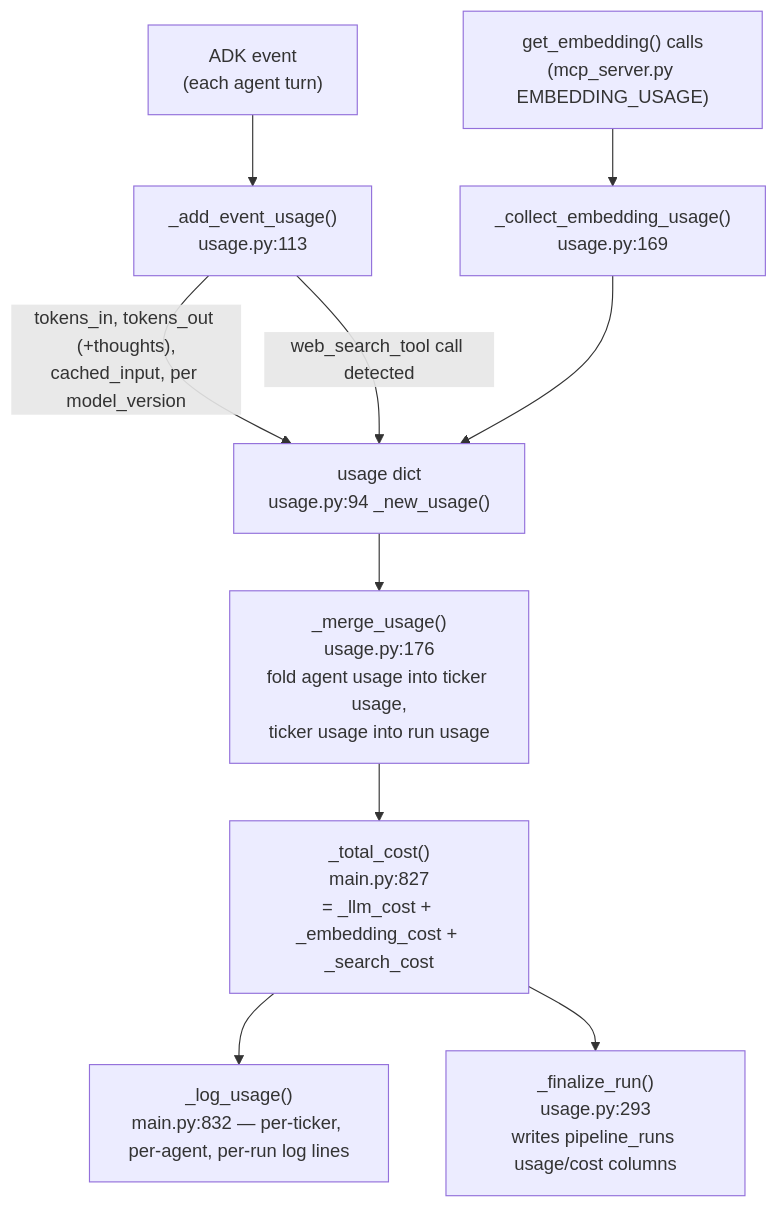
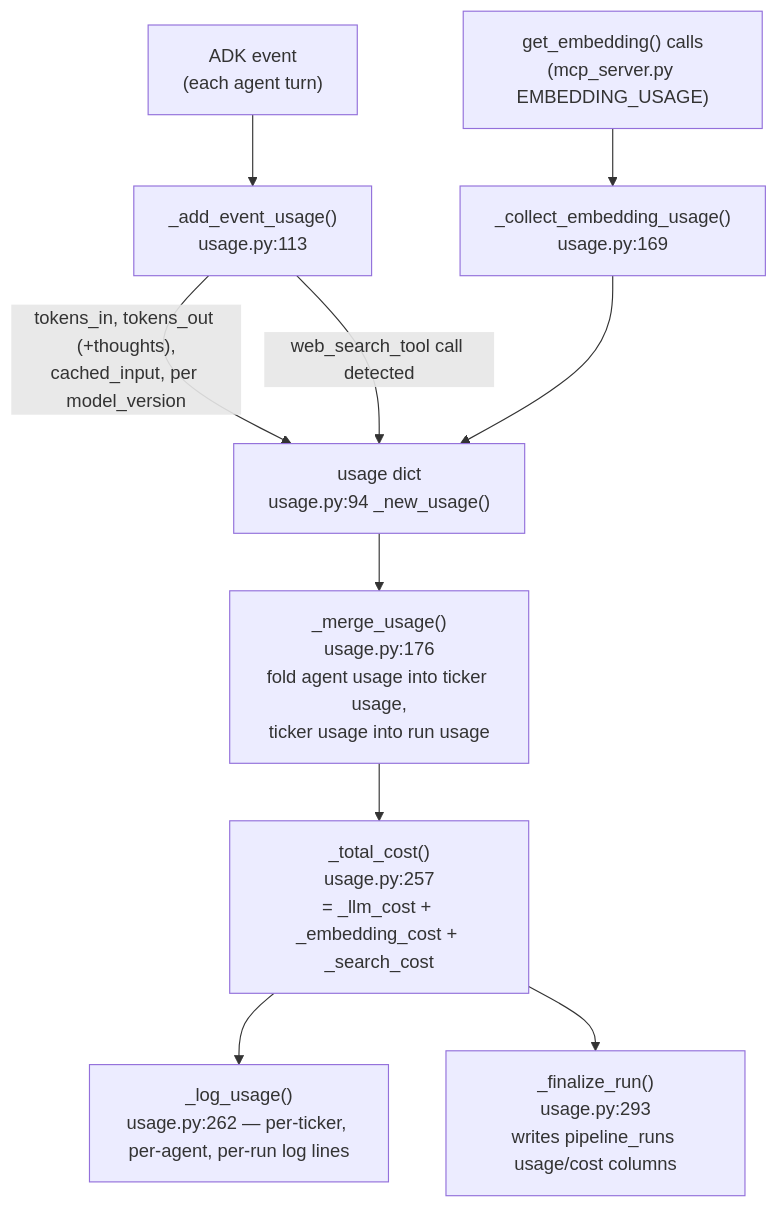
One commit to sun4github/magic-stock-picker changed the third of 3 diagrams in docs/05-guardrails-cost-and-reuse.md. Above: the diagram before and after it, drawn with Mermaid. The commit also changed other lines of this file and 9 other files, not shown here.

First line of the commit message:
Add an architecture doc, and make every line reference true

````diff
--- a/docs/05-guardrails-cost-and-reuse.md
+++ b/docs/05-guardrails-cost-and-reuse.md
@@ -205,12 +205,12 @@
 ```mermaid
 flowchart TD
     Event["ADK event\n(each agent turn)"] --> Add["_add_event_usage()\nusage.py:113"]
     Add -->|"tokens_in, tokens_out (+thoughts),\ncached_input, per model_version"| Usage["usage dict\nusage.py:94 _new_usage()"]
     Add -->|"web_search_tool call detected"| Usage
     Usage --> Merge["_merge_usage()\nusage.py:176\nfold agent usage into ticker usage,\nticker usage into run usage"]
     Embed["get_embedding() calls\n(mcp_server.py EMBEDDING_USAGE)"] --> Collect["_collect_embedding_usage()\nusage.py:169"]
     Collect --> Usage
-    Merge --> Cost["_total_cost()\nmain.py:827\n= _llm_cost + _embedding_cost + _search_cost"]
-    Cost --> Log["_log_usage()\nmain.py:832 — per-ticker, per-agent, per-run log lines"]
+    Merge --> Cost["_total_cost()\nusage.py:257\n= _llm_cost + _embedding_cost + _search_cost"]
+    Cost --> Log["_log_usage()\nusage.py:262 — per-ticker, per-agent, per-run log lines"]
     Cost --> Finalize["_finalize_run()\nusage.py:293\nwrites pipeline_runs usage/cost columns"]
 ```
````
